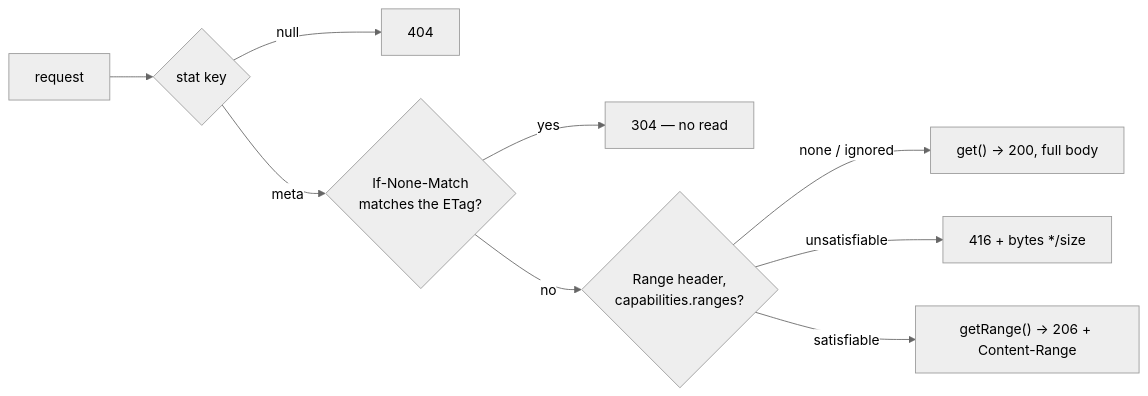
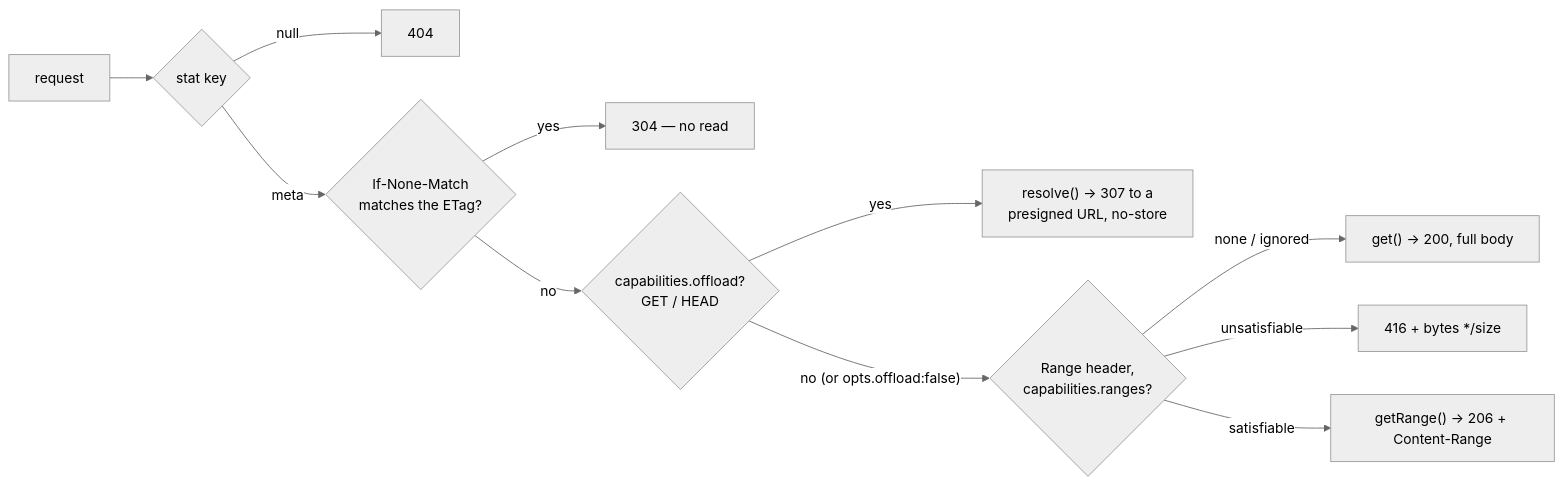
One commit to gina-io/docs changed the second of 4 diagrams in docs/guides/storage.md. Above: the diagram before and after it, drawn with Mermaid (neutral theme). The commit also changed other lines of this file and 3 other files, not shown here.

````diff
--- a/docs/guides/storage.md
+++ b/docs/guides/storage.md
@@ -221,11 +221,13 @@
 ```mermaid
 flowchart LR
     A[request] --> B{stat key}
     B -- "null" --> N404[404]
     B -- "meta" --> C{If-None-Match<br/>matches the ETag?}
     C -- "yes" --> N304[304 — no read]
-    C -- "no" --> D{Range header,<br/>capabilities.ranges?}
+    C -- "no" --> O{capabilities.offload?<br/>GET / HEAD}
+    O -- "yes" --> R307["resolve() → 307 to a<br/>presigned URL, no-store"]
+    O -- "no (or opts.offload:false)" --> D{Range header,<br/>capabilities.ranges?}
     D -- "none / ignored" --> F["get() → 200, full body"]
     D -- "unsatisfiable" --> N416["416 + bytes */size"]
     D -- "satisfiable" --> E["getRange() → 206 + Content-Range"]
 ```
````
